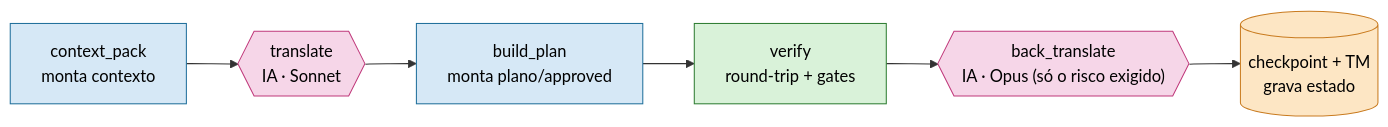
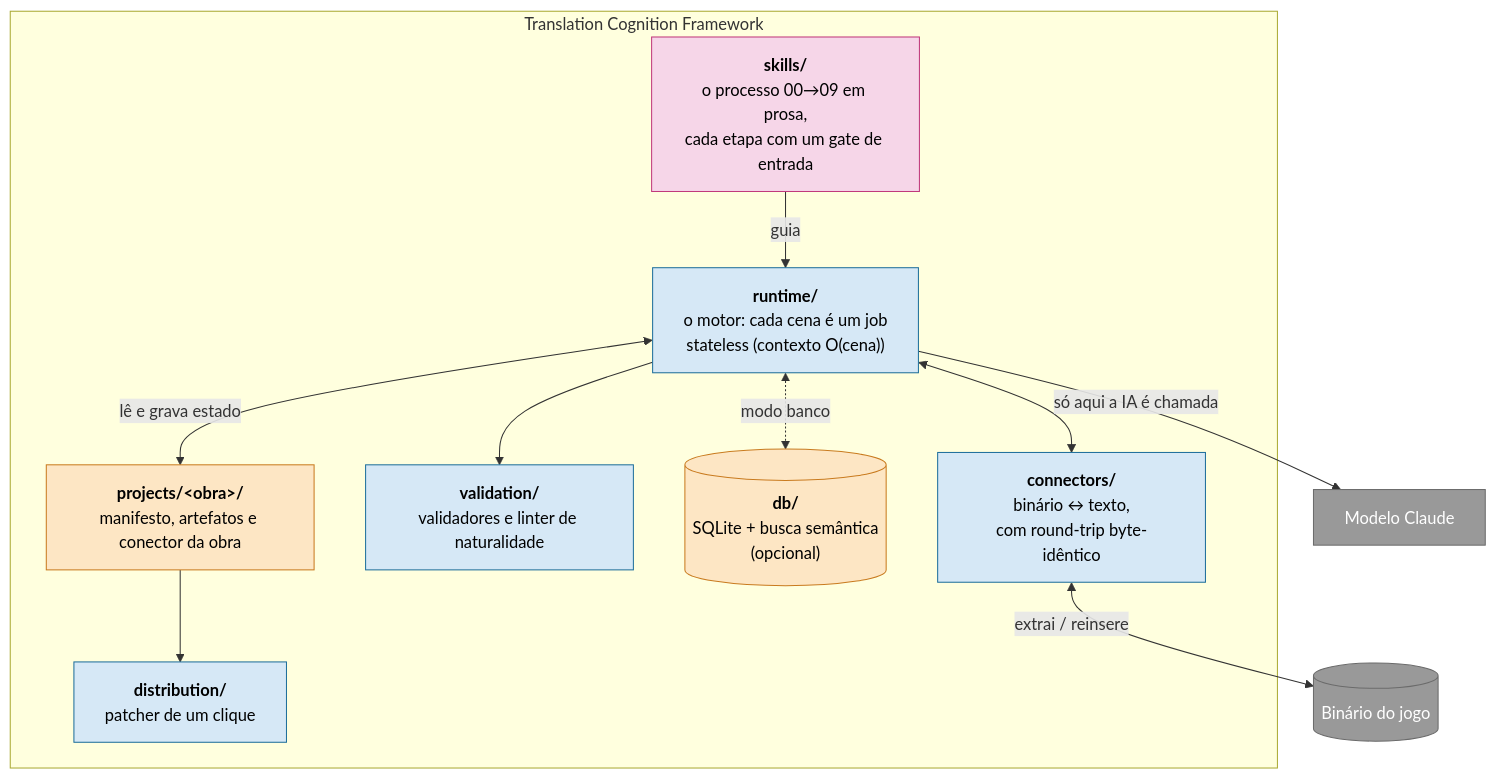
Before and after one commit to scudellerlemos/translation-cognition-framework: the second of 3 diagrams in README.md, drawn with Mermaid. The commit also changed other lines of this file and 8 other files, not shown here.

Commit message:
docs(readme): reescreve os 9 READMEs com C4 em mermaid

````diff
--- a/README.md
+++ b/README.md
@@ -95,12 +46,26 @@
 ```mermaid
-flowchart LR
-  pack["context_pack<br/>monta contexto"]:::exe --> tr{{"translate<br/>IA · Sonnet"}}:::cog
-  tr --> plan["build_plan<br/>monta plano/approved"]:::exe
-  plan --> vf["verify<br/>round-trip + gates"]:::val
-  vf --> bt{{"back_translate<br/>IA · Opus (só o risco exigido)"}}:::cog
-  bt --> cp[("checkpoint + TM<br/>grava estado")]:::sta
-  classDef cog fill:#f6d6e8,stroke:#c0397b,color:#000;
-  classDef sta fill:#fde6c4,stroke:#c97b1f,color:#000;
-  classDef exe fill:#d6e8f6,stroke:#1f6f9b,color:#000;
-  classDef val fill:#d9f2d9,stroke:#2e7d32,color:#000;
+flowchart TB
+  subgraph tcf["Translation Cognition Framework"]
+    skills["<b>skills/</b><br/>o processo 00→09 em prosa,<br/>cada etapa com um gate de entrada"]:::proc
+    runtime["<b>runtime/</b><br/>o motor: cada cena é um job<br/>stateless (contexto O(cena))"]:::motor
+    connectors["<b>connectors/</b><br/>binário ↔ texto,<br/>com round-trip byte-idêntico"]:::motor
+    validation["<b>validation/</b><br/>validadores e linter de naturalidade"]:::motor
+    db[("<b>db/</b><br/>SQLite + busca semântica<br/>(opcional)")]:::dado
+    dist["<b>distribution/</b><br/>patcher de um clique"]:::motor
+    projects["<b>projects/&lt;obra&gt;/</b><br/>manifesto, artefatos e conector da obra"]:::dado
+  end
+  llm["Modelo Claude"]:::ext
+  jogo[("Binário do jogo")]:::ext
+  skills -->|"guia"| runtime
+  runtime <-->|"lê e grava estado"| projects
+  runtime -->|"só aqui a IA é chamada"| llm
+  runtime --> validation
+  runtime <--> connectors
+  connectors <-->|"extrai / reinsere"| jogo
+  runtime <-.->|"modo banco"| db
+  projects --> dist
+  classDef proc fill:#f6d6e8,stroke:#c0397b,color:#000;
+  classDef motor fill:#d6e8f6,stroke:#1f6f9b,color:#000;
+  classDef dado fill:#fde6c4,stroke:#c97b1f,color:#000;
+  classDef ext fill:#999,stroke:#6b6b6b,color:#fff;
 ```
````
